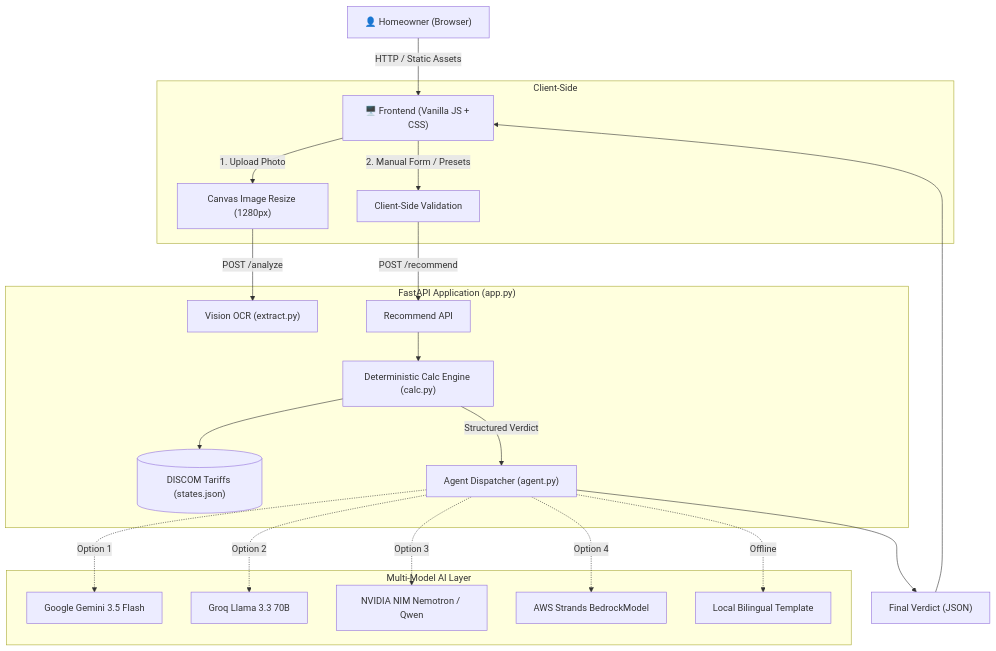
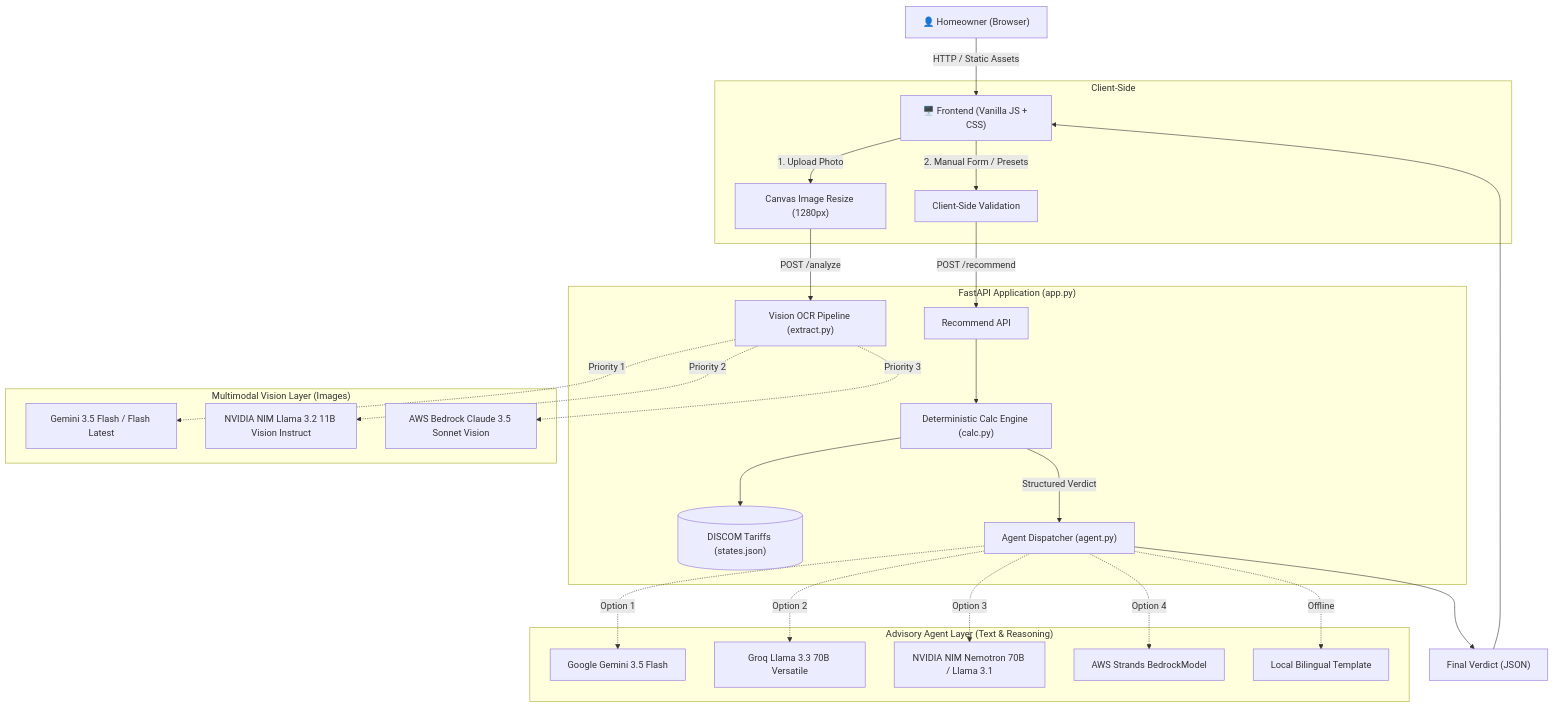
Before and after one commit to MLWithMathematics/SuryaSetu: the diagram in README.md, drawn with Mermaid. The commit also changed other lines of this file and 2 other files, not shown here.

Commit message:
docs: update README with current multimodal vision models and config options

````diff
--- a/README.md
+++ b/README.md
@@ -64,30 +69,36 @@
 ```mermaid
 flowchart TD
     User["👤 Homeowner (Browser)"] --> |HTTP / Static Assets| UI["🖥️ Frontend (Vanilla JS + CSS)"]
     
     subgraph Frontend ["Client-Side"]
         UI --> |1. Upload Photo| Canvas["Canvas Image Resize (1280px)"]
         UI --> |2. Manual Form / Presets| FormVal["Client-Side Validation"]
     end
 
     subgraph Backend ["FastAPI Application (app.py)"]
-        Canvas --> |POST /analyze| Extract["Vision OCR (extract.py)"]
+        Canvas --> |POST /analyze| Extract["Vision OCR Pipeline (extract.py)"]
         FormVal --> |POST /recommend| API["Recommend API"]
         
         API --> Calc["Deterministic Calc Engine (calc.py)"]
         Calc --> Tariffs[("DISCOM Tariffs (states.json)")]
         
         Calc --> |Structured Verdict| Agent["Agent Dispatcher (agent.py)"]
     end
 
-    subgraph AI_Providers ["Multi-Model AI Layer"]
+    subgraph Vision_OCR_Models ["Multimodal Vision Layer (Images)"]
+        Extract -.-> |Priority 1| V_Gemini["Gemini 3.5 Flash / Flash Latest"]
+        Extract -.-> |Priority 2| V_NVIDIA["NVIDIA NIM Llama 3.2 11B Vision Instruct"]
+        Extract -.-> |Priority 3| V_Bedrock["AWS Bedrock Claude 3.5 Sonnet Vision"]
+    end
+
+    subgraph AI_Text_Advisors ["Advisory Agent Layer (Text & Reasoning)"]
         Agent -.-> |Option 1| Gemini["Google Gemini 3.5 Flash"]
-        Agent -.-> |Option 2| Groq["Groq Llama 3.3 70B"]
-        Agent -.-> |Option 3| NVIDIA["NVIDIA NIM Nemotron / Qwen"]
+        Agent -.-> |Option 2| Groq["Groq Llama 3.3 70B Versatile"]
+        Agent -.-> |Option 3| NVIDIA["NVIDIA NIM Nemotron 70B / Llama 3.1"]
         Agent -.-> |Option 4| Bedrock["AWS Strands BedrockModel"]
         Agent -.-> |Offline| Fallback["Local Bilingual Template"]
     end
 
     Agent --> FinalVerdict["Final Verdict (JSON)"]
     FinalVerdict --> UI
 ```
````
